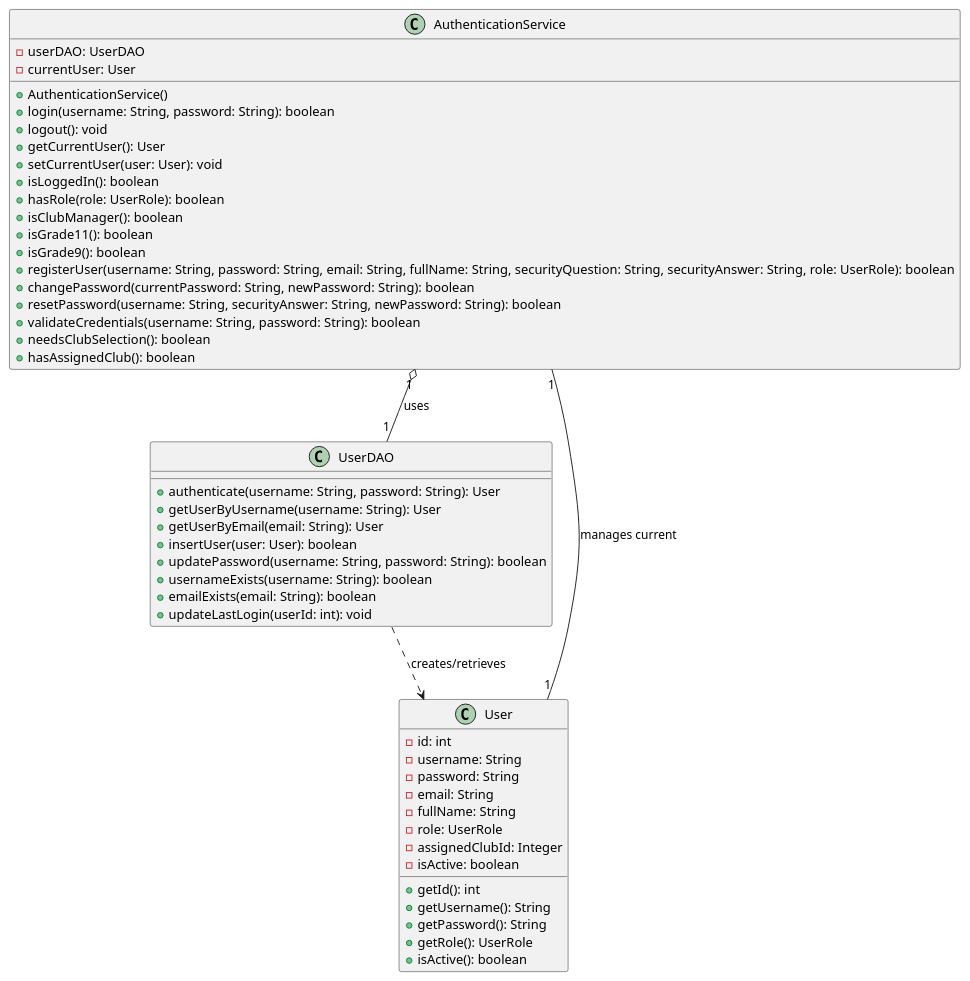
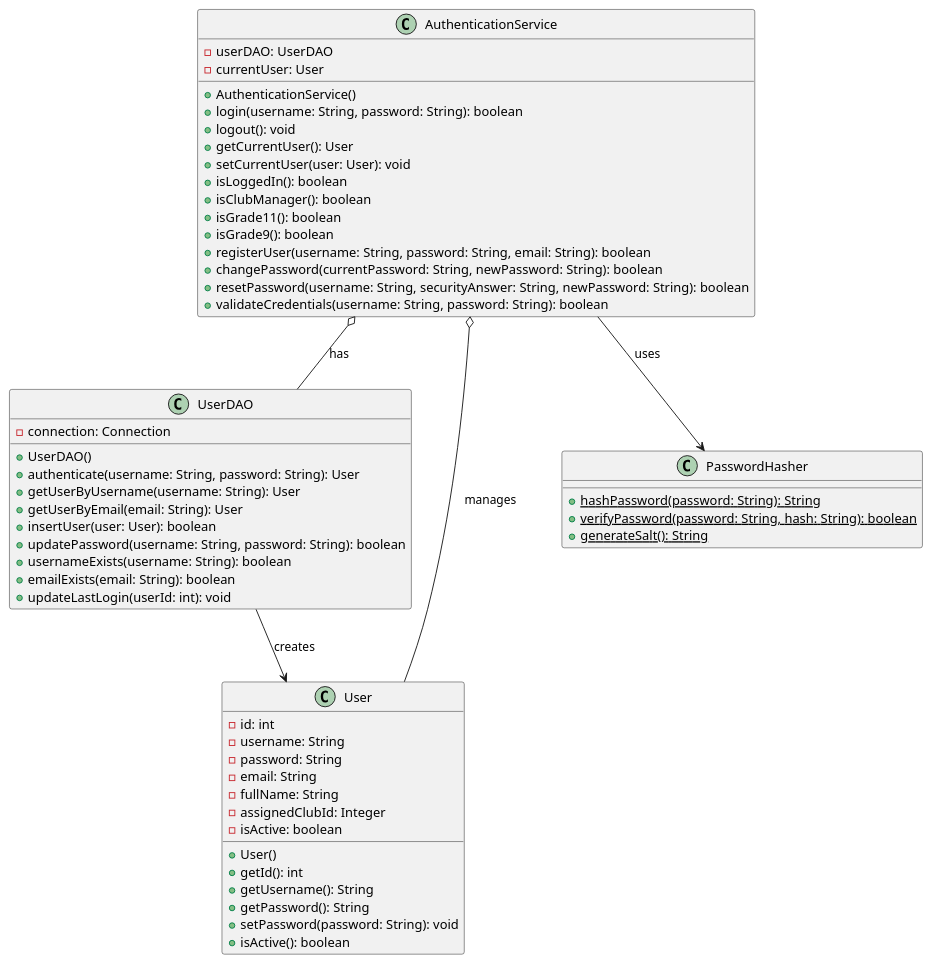
Before and after one commit to hybr/iacm: the diagram in club-management-system/authentication-service-diagram.puml, drawn with PlantUML. The commit also changed 4 other files, not shown here.

Commit message:
new plantuml

```diff
--- a/club-management-system/authentication-service-diagram.puml
+++ b/club-management-system/authentication-service-diagram.puml
@@ -1,55 +1,61 @@
 @startuml Authentication Service
 
 class AuthenticationService {
   - userDAO: UserDAO
   - currentUser: User
   + AuthenticationService()
   + login(username: String, password: String): boolean
   + logout(): void
   + getCurrentUser(): User
   + setCurrentUser(user: User): void
   + isLoggedIn(): boolean
-  + hasRole(role: UserRole): boolean
   + isClubManager(): boolean
   + isGrade11(): boolean
   + isGrade9(): boolean
-  + registerUser(username: String, password: String, email: String, fullName: String, securityQuestion: String, securityAnswer: String, role: UserRole): boolean
+  + registerUser(username: String, password: String, email: String): boolean
   + changePassword(currentPassword: String, newPassword: String): boolean
   + resetPassword(username: String, securityAnswer: String, newPassword: String): boolean
   + validateCredentials(username: String, password: String): boolean
-  + needsClubSelection(): boolean
-  + hasAssignedClub(): boolean
 }
 
 class UserDAO {
+  - connection: Connection
+  + UserDAO()
   + authenticate(username: String, password: String): User
   + getUserByUsername(username: String): User
   + getUserByEmail(email: String): User
   + insertUser(user: User): boolean
   + updatePassword(username: String, password: String): boolean
   + usernameExists(username: String): boolean
   + emailExists(email: String): boolean
   + updateLastLogin(userId: int): void
 }
 
 class User {
   - id: int
   - username: String
   - password: String
   - email: String
   - fullName: String
-  - role: UserRole
   - assignedClubId: Integer
   - isActive: boolean
+  + User()
   + getId(): int
   + getUsername(): String
   + getPassword(): String
-  + getRole(): UserRole
+  + setPassword(password: String): void
   + isActive(): boolean
 }
 
-AuthenticationService "1" o-- "1" UserDAO : uses
-AuthenticationService "1" -- "1" User : manages current
-UserDAO ..> User : creates/retrieves
+class PasswordHasher {
+  + {static} hashPassword(password: String): String
+  + {static} verifyPassword(password: String, hash: String): boolean
+  + {static} generateSalt(): String
+}
+
+AuthenticationService o-- UserDAO : has
+AuthenticationService o-- User : manages
+AuthenticationService --> PasswordHasher : uses
+UserDAO --> User : creates
 
 @enduml
```
